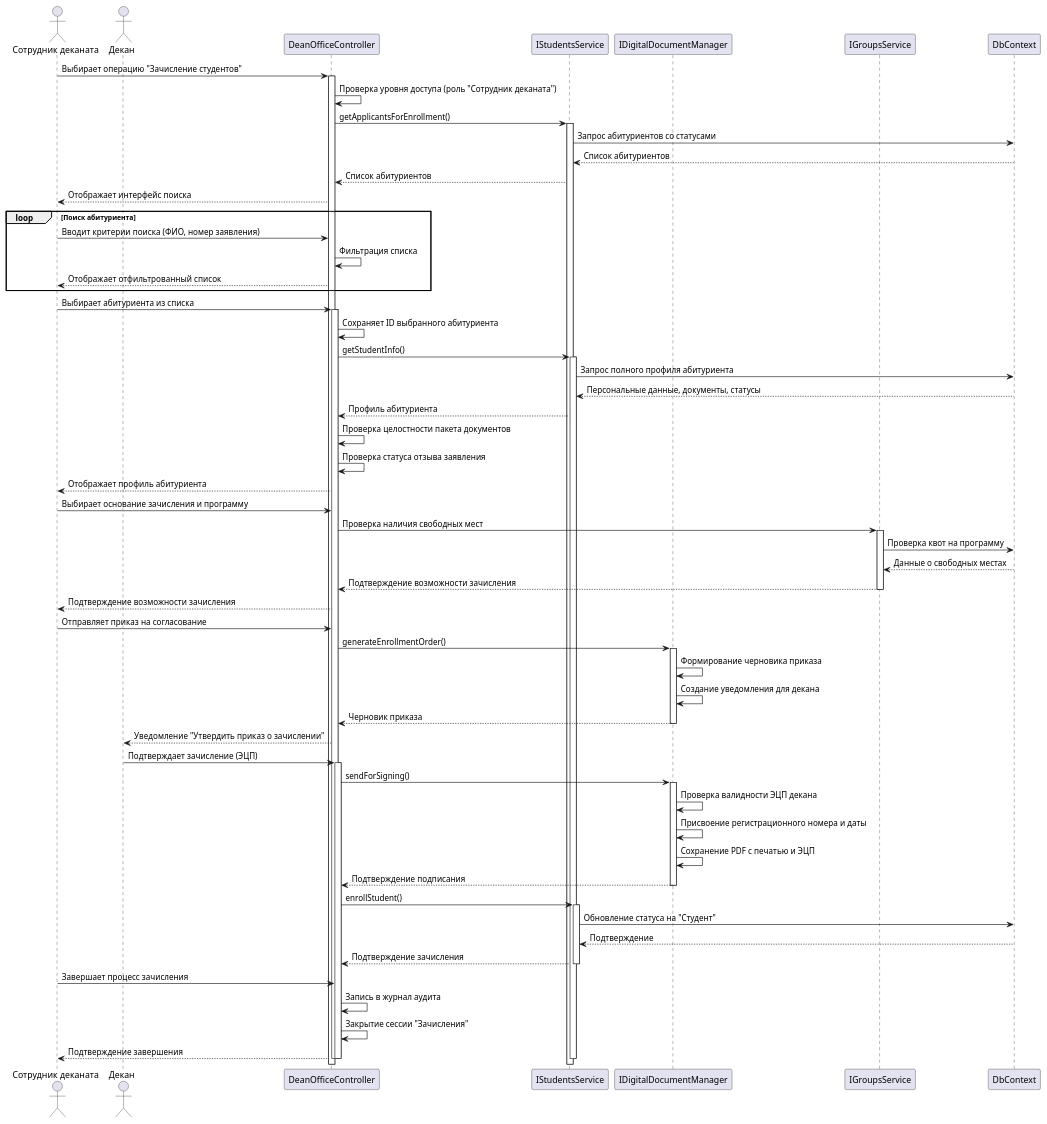
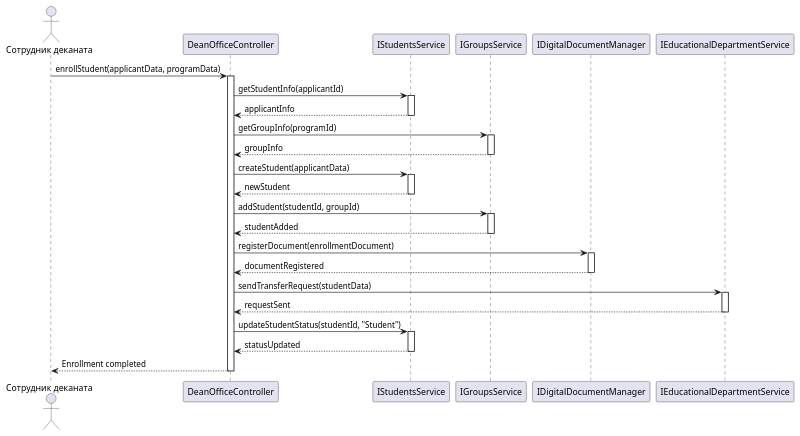
Before and after one commit to penamarth/bsbo-01-23_team3_var4_dekanat: the diagram in Диаграмма последовательности зачисление студента.md, drawn with PlantUML.

Commit message:
Update Диаграмма последовательности зачисление студента.md

```diff
--- a/Диаграмма последовательности зачисление студента.md
+++ b/Диаграмма последовательности зачисление студента.md
@@ -1,82 +1,49 @@
 @startuml
+actor "Сотрудник деканата" as DeanWorker
+participant "DeanOfficeController" as DO
+participant "IStudentsService" as ISS
+participant "IGroupsService" as IGS
+participant "IDigitalDocumentManager" as IDDM
+participant "IEducationalDepartmentService" as IEDS
 
-actor "Сотрудник деканата" as Clerk
-actor Декан as Dean
-participant "DeanOfficeController" as Controller
-participant "IStudentsService" as StudentsSvc
-participant "IDigitalDocumentManager" as DocManager
-participant "IGroupsService" as GroupsSvc
-participant "DbContext" as DB
+DeanWorker -> DO: enrollStudent(applicantData, programData)
+activate DO
 
-Clerk -> Controller : Выбирает операцию "Зачисление студентов"
-activate Controller
-Controller -> Controller : Проверка уровня доступа (роль "Сотрудник деканата")
-Controller -> StudentsSvc : getApplicantsForEnrollment()
-activate StudentsSvc
-StudentsSvc -> DB : Запрос абитуриентов со статусами
-DB --> StudentsSvc : Список абитуриентов
-StudentsSvc --> Controller : Список абитуриентов
-Controller --> Clerk : Отображает интерфейс поиска
+DO -> ISS: getStudentInfo(applicantId)
+activate ISS
+ISS --> DO: applicantInfo
+deactivate ISS
 
-loop Поиск абитуриента
-Clerk -> Controller : Вводит критерии поиска (ФИО, номер заявления)
-Controller -> Controller : Фильтрация списка
-Controller --> Clerk : Отображает отфильтрованный список
-end
+DO -> IGS: getGroupInfo(programId)
+activate IGS
+IGS --> DO: groupInfo
+deactivate IGS
 
-Clerk -> Controller : Выбирает абитуриента из списка
-activate Controller
-Controller -> Controller : Сохраняет ID выбранного абитуриента
-Controller -> StudentsSvc : getStudentInfo()
-activate StudentsSvc
-StudentsSvc -> DB : Запрос полного профиля абитуриента
-DB --> StudentsSvc : Персональные данные, документы, статусы
-StudentsSvc --> Controller : Профиль абитуриента
-Controller -> Controller : Проверка целостности пакета документов
-Controller -> Controller : Проверка статуса отзыва заявления
-Controller --> Clerk : Отображает профиль абитуриента
+DO -> ISS: createStudent(applicantData)
+activate ISS
+ISS --> DO: newStudent
+deactivate ISS
 
-Clerk -> Controller : Выбирает основание зачисления и программу
-Controller -> GroupsSvc : Проверка наличия свободных мест
-activate GroupsSvc
-GroupsSvc -> DB : Проверка квот на программу
-DB --> GroupsSvc : Данные о свободных местах
-GroupsSvc --> Controller : Подтверждение возможности зачисления
-deactivate GroupsSvc
-Controller --> Clerk : Подтверждение возможности зачисления
+DO -> IGS: addStudent(studentId, groupId)
+activate IGS
+IGS --> DO: studentAdded
+deactivate IGS
 
-Clerk -> Controller : Отправляет приказ на согласование
-Controller -> DocManager : generateEnrollmentOrder()
-activate DocManager
-DocManager -> DocManager : Формирование черновика приказа
-DocManager -> DocManager : Создание уведомления для декана
-DocManager --> Controller : Черновик приказа
-deactivate DocManager
-Controller --> Dean : Уведомление "Утвердить приказ о зачислении"
+DO -> IDDM: registerDocument(enrollmentDocument)
+activate IDDM
+IDDM --> DO: documentRegistered
+deactivate IDDM
 
-Dean -> Controller : Подтверждает зачисление (ЭЦП)
-activate Controller
-Controller -> DocManager : sendForSigning()
-activate DocManager
-DocManager -> DocManager : Проверка валидности ЭЦП декана
-DocManager -> DocManager : Присвоение регистрационного номера и даты
-DocManager -> DocManager : Сохранение PDF с печатью и ЭЦП
-DocManager --> Controller : Подтверждение подписания
-deactivate DocManager
-Controller -> StudentsSvc : enrollStudent()
-activate StudentsSvc
-StudentsSvc -> DB : Обновление статуса на "Студент"
-DB --> StudentsSvc : Подтверждение
-StudentsSvc --> Controller : Подтверждение зачисления
-deactivate StudentsSvc
+DO -> IEDS: sendTransferRequest(studentData)
+activate IEDS
+IEDS --> DO: requestSent
+deactivate IEDS
 
-Clerk -> Controller : Завершает процесс зачисления
-Controller -> Controller : Запись в журнал аудита
-Controller -> Controller : Закрытие сессии "Зачисления"
-Controller --> Clerk : Подтверждение завершения
+DO -> ISS: updateStudentStatus(studentId, "Student")
+activate ISS
+ISS --> DO: statusUpdated
+deactivate ISS
 
-deactivate Controller
-deactivate Controller
-deactivate StudentsSvc
-
+DO --> DeanWorker: Enrollment completed
+deactivate DO
 @enduml
```
